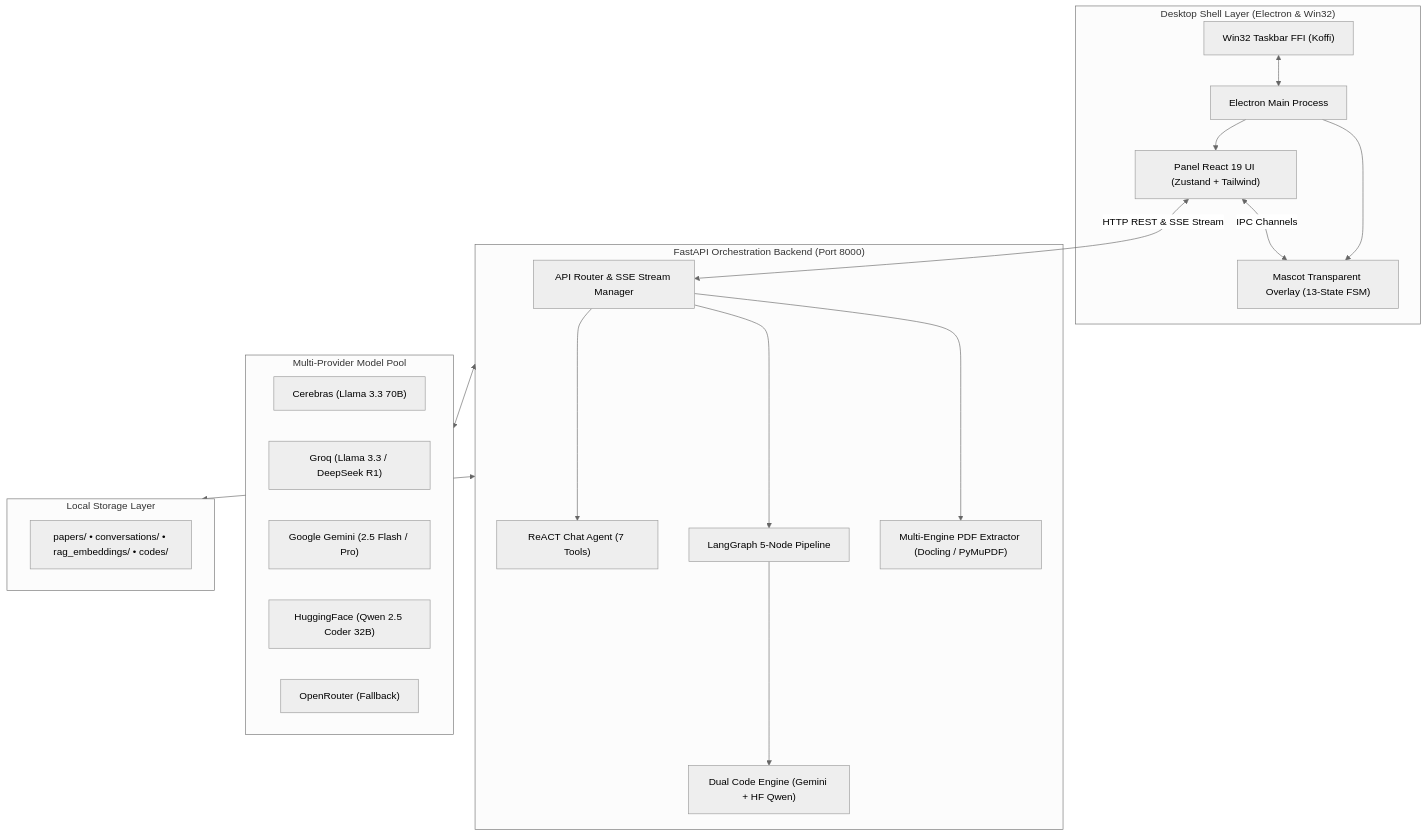
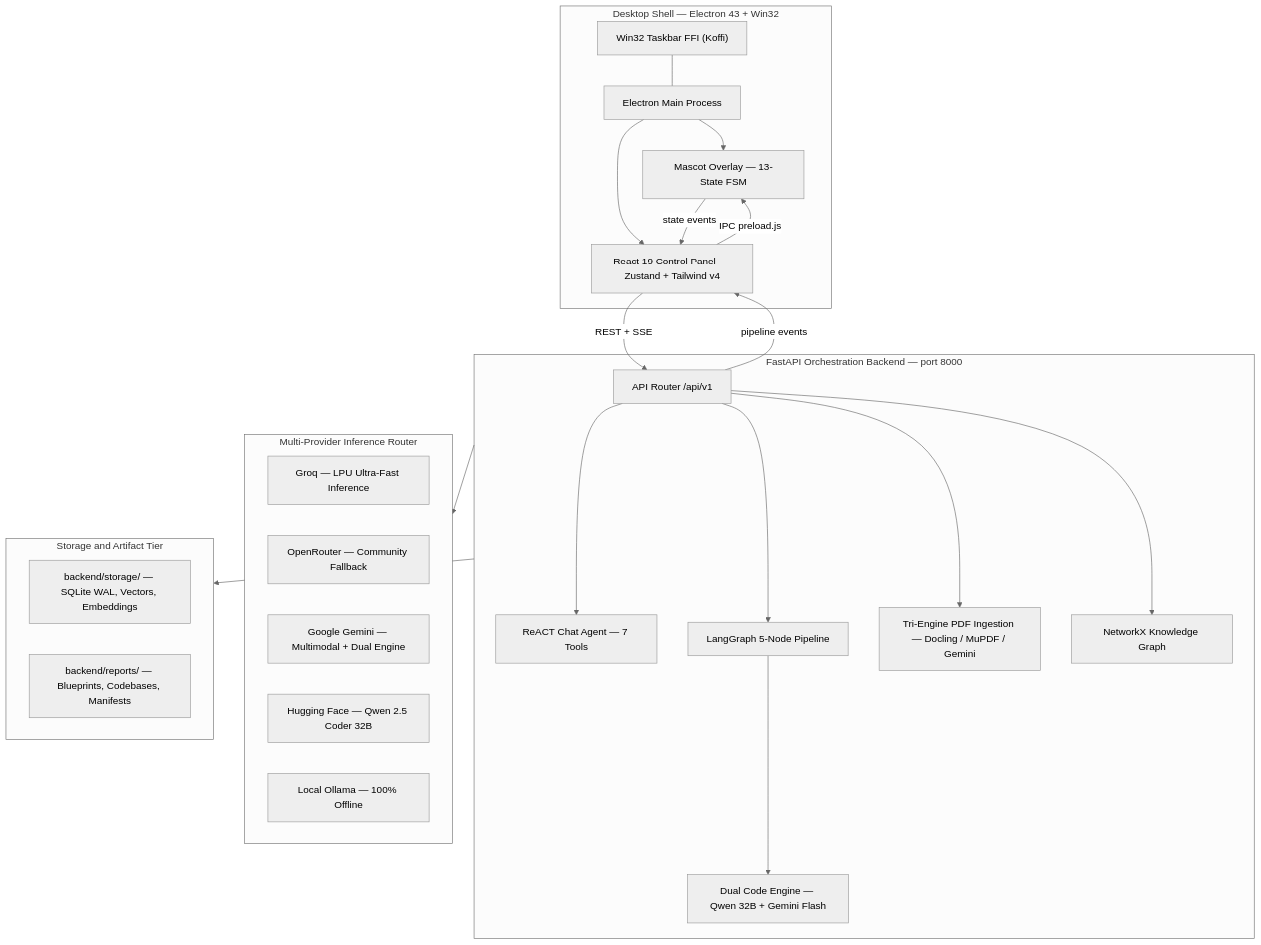
Before and after one commit to varunchandra10/Paper-2-Project: the diagram in README.md, drawn with Mermaid (neutral theme). The commit also changed other lines of this file and 671 other files, not shown here.

Commit message:
feat: LangGraph v2 architecture, foot-anchored mascot animations, and clean production build

````diff
--- a/README.md
+++ b/README.md
@@ -83,38 +62,48 @@
 ```mermaid
 flowchart TD
-    subgraph Desktop["Desktop Shell Layer (Electron & Win32)"]
-        Win32["Win32 Taskbar FFI (Koffi)"] <--> ElectronMain["Electron Main Process"]
-        ElectronMain --> MascotWin["Mascot Transparent Overlay (13-State FSM)"]
-        ElectronMain --> PanelWin["Panel React 19 UI (Zustand + Tailwind)"]
+    subgraph DesktopShell ["Desktop Shell — Electron 43 + Win32"]
+        Win32FFI["Win32 Taskbar FFI (Koffi)"]
+        ElectronMain["Electron Main Process"]
+        MascotWindow["Mascot Overlay — 13-State FSM"]
+        PanelWindow["React 19 Control Panel — Zustand + Tailwind v4"]
+
+        Win32FFI --- ElectronMain
+        ElectronMain --> MascotWindow
+        ElectronMain --> PanelWindow
     end
 
-    subgraph Backend["FastAPI Orchestration Backend (Port 8000)"]
-        APIRouter["API Router & SSE Stream Manager"]
-        ChatAgent["ReACT Chat Agent (7 Tools)"]
-        LangGraphPipe["LangGraph 5-Node Pipeline"]
-        DualCode["Dual Code Engine (Gemini + HF Qwen)"]
-        PDFExtract["Multi-Engine PDF Extractor (Docling / PyMuPDF)"]
-        
-        APIRouter --> ChatAgent
-        APIRouter --> LangGraphPipe
-        LangGraphPipe --> DualCode
-        APIRouter --> PDFExtract
+    subgraph BackendCore ["FastAPI Orchestration Backend — port 8000"]
+        APIRouter["API Router /api/v1"]
+        ReACTAgent["ReACT Chat Agent — 7 Tools"]
+        LangGraphSwarm["LangGraph 5-Node Pipeline"]
+        DualCodeEngine["Dual Code Engine — Qwen 32B + Gemini Flash"]
+        PDFParser["Tri-Engine PDF Ingestion — Docling / MuPDF / Gemini"]
+        KGService["NetworkX Knowledge Graph"]
+
+        APIRouter --> ReACTAgent
+        APIRouter --> LangGraphSwarm
+        LangGraphSwarm --> DualCodeEngine
+        APIRouter --> PDFParser
+        APIRouter --> KGService
     end
 
-    subgraph AIProviders["Multi-Provider Model Pool"]
-        Cerebras["Cerebras (Llama 3.3 70B)"]
-        Groq["Groq (Llama 3.3 / DeepSeek R1)"]
-        Gemini["Google Gemini (2.5 Flash / Pro)"]
-        HF["HuggingFace (Qwen 2.5 Coder 32B)"]
-        OpenRouter["OpenRouter (Fallback)"]
+    subgraph ModelPool ["Multi-Provider Inference Router"]
+        GroqPool["Groq — LPU Ultra-Fast Inference"]
+        OpenRouterPool["OpenRouter — Community Fallback"]
+        GeminiPool["Google Gemini — Multimodal + Dual Engine"]
+        HuggingFacePool["Hugging Face — Qwen 2.5 Coder 32B"]
+        LocalOllama["Local Ollama — 100% Offline"]
     end
 
-    subgraph Storage["Local Storage Layer"]
-        StorageData["papers/ • conversations/ • rag_embeddings/ • codes/"]
+    subgraph LocalStorage ["Storage and Artifact Tier"]
+        StorageDir["backend/storage/ — SQLite WAL, Vectors, Embeddings"]
+        ReportsDir["backend/reports/ — Blueprints, Codebases, Manifests"]
     end
 
-    PanelWin <-->|HTTP REST & SSE Stream| APIRouter
-    PanelWin <-->|IPC Channels| MascotWin
-    Backend <--> AIProviders
-    Backend <--> Storage
+    PanelWindow -->|REST + SSE| APIRouter
+    APIRouter -->|pipeline events| PanelWindow
+    PanelWindow -->|IPC preload.js| MascotWindow
+    MascotWindow -->|state events| PanelWindow
+    BackendCore --> ModelPool
+    BackendCore --> LocalStorage
 ```
````
